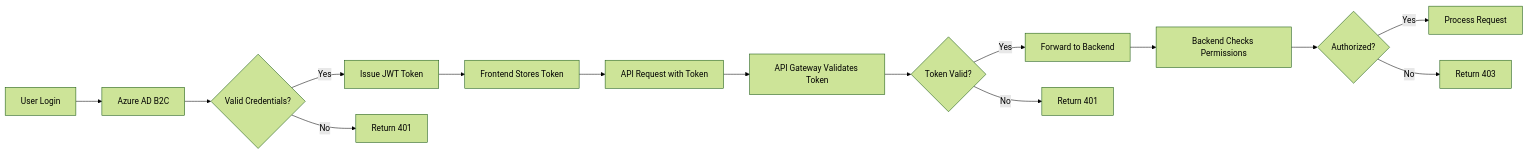
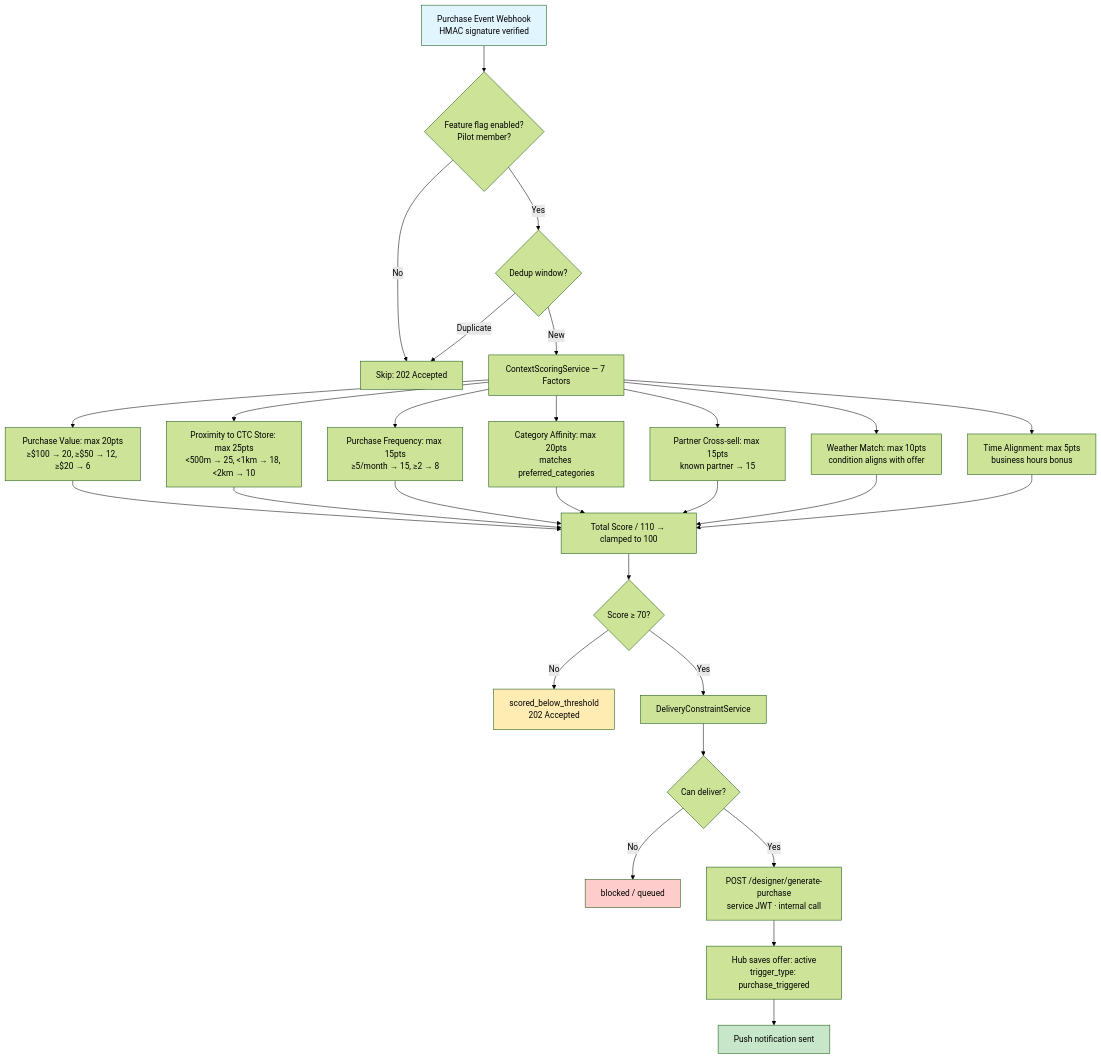
The ninth of 11 diagrams in docs/ARCHITECTURE.md (kartikey423/tristar), drawn with Mermaid (forest theme) before and after one commit. The commit also changed other lines of this file, not shown here.

Commit message:
docs: regenerate ARCHITECTURE.md v3.0 with phone preview flow, customer-accept, partner intelligence

````diff
--- a/docs/ARCHITECTURE.md
+++ b/docs/ARCHITECTURE.md
@@ -422,19 +498,38 @@
 ```mermaid
-graph LR
-    A[User Login] --> B[Azure AD B2C]
-    B --> C{Valid Credentials?}
-    C -->|Yes| D[Issue JWT Token]
-    C -->|No| E[Return 401]
+flowchart TD
+    A[Purchase Event Webhook\nHMAC signature verified] --> B{Feature flag enabled?\nPilot member?}
+    B -->|No| Z[Skip: 202 Accepted]
+    B -->|Yes| C{Dedup window?}
+    C -->|Duplicate| Z
+    C -->|New| D[ContextScoringService — 7 Factors]
 
-    D --> F[Frontend Stores Token]
-    F --> G[API Request with Token]
-    G --> H[API Gateway Validates Token]
-    H --> I{Token Valid?}
-    I -->|Yes| J[Forward to Backend]
-    I -->|No| K[Return 401]
+    D --> D1[Purchase Value: max 20pts\n≥$100 → 20, ≥$50 → 12, ≥$20 → 6]
+    D --> D2[Proximity to CTC Store: max 25pts\n<500m → 25, <1km → 18, <2km → 10]
+    D --> D3[Purchase Frequency: max 15pts\n≥5/month → 15, ≥2 → 8]
+    D --> D4[Category Affinity: max 20pts\nmatches preferred_categories]
+    D --> D5[Partner Cross-sell: max 15pts\nknown partner → 15]
+    D --> D6[Weather Match: max 10pts\ncondition aligns with offer]
+    D --> D7[Time Alignment: max 5pts\nbusiness hours bonus]
 
-    J --> L[Backend Checks Permissions]
-    L --> M{Authorized?}
-    M -->|Yes| N[Process Request]
-    M -->|No| O[Return 403]
+    D1 --> E[Total Score / 110 → clamped to 100]
+    D2 --> E
+    D3 --> E
+    D4 --> E
+    D5 --> E
+    D6 --> E
+    D7 --> E
+
+    E --> F{Score ≥ 70?}
+    F -->|No| G[scored_below_threshold\n202 Accepted]
+    F -->|Yes| H[DeliveryConstraintService]
+    H --> I{Can deliver?}
+    I -->|No| J[blocked / queued]
+    I -->|Yes| K[POST /designer/generate-purchase\nservice JWT · internal call]
+    K --> L[Hub saves offer: active\ntrigger_type: purchase_triggered]
+    L --> M[Push notification sent]
+
+    style A fill:#e1f5ff
+    style M fill:#c8e6c9
+    style G fill:#ffecb3
+    style J fill:#ffcccc
 ```
````
